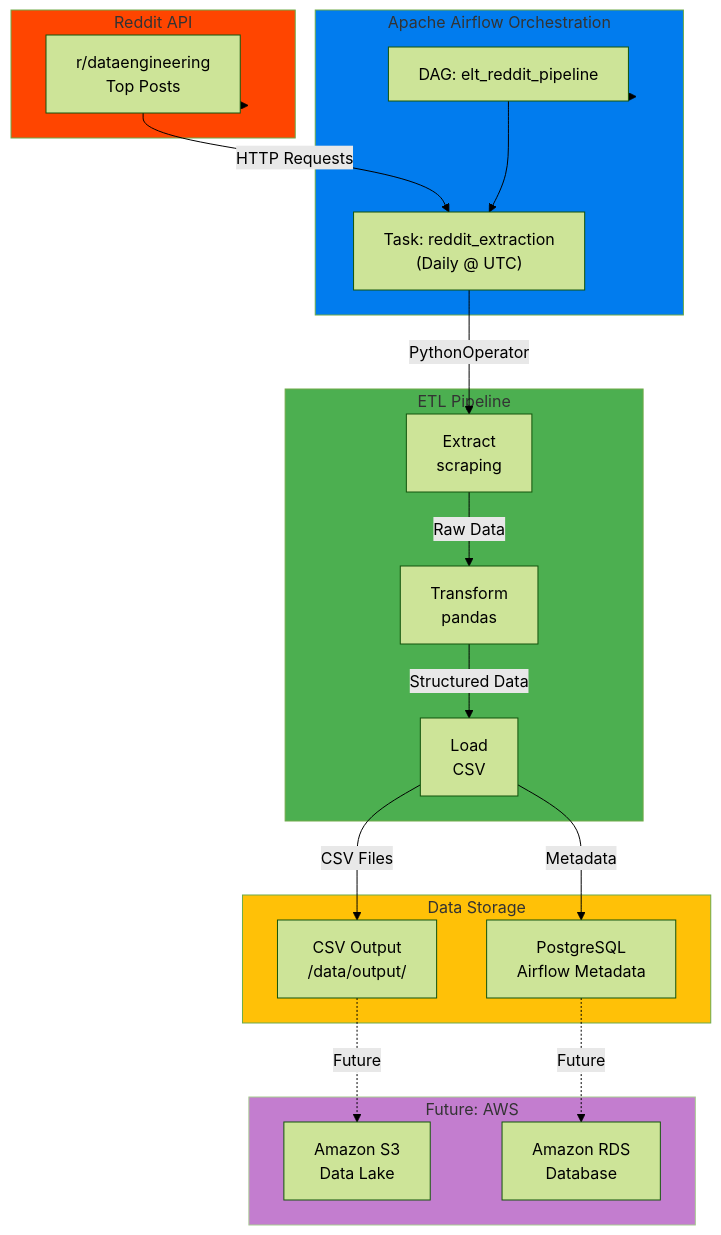
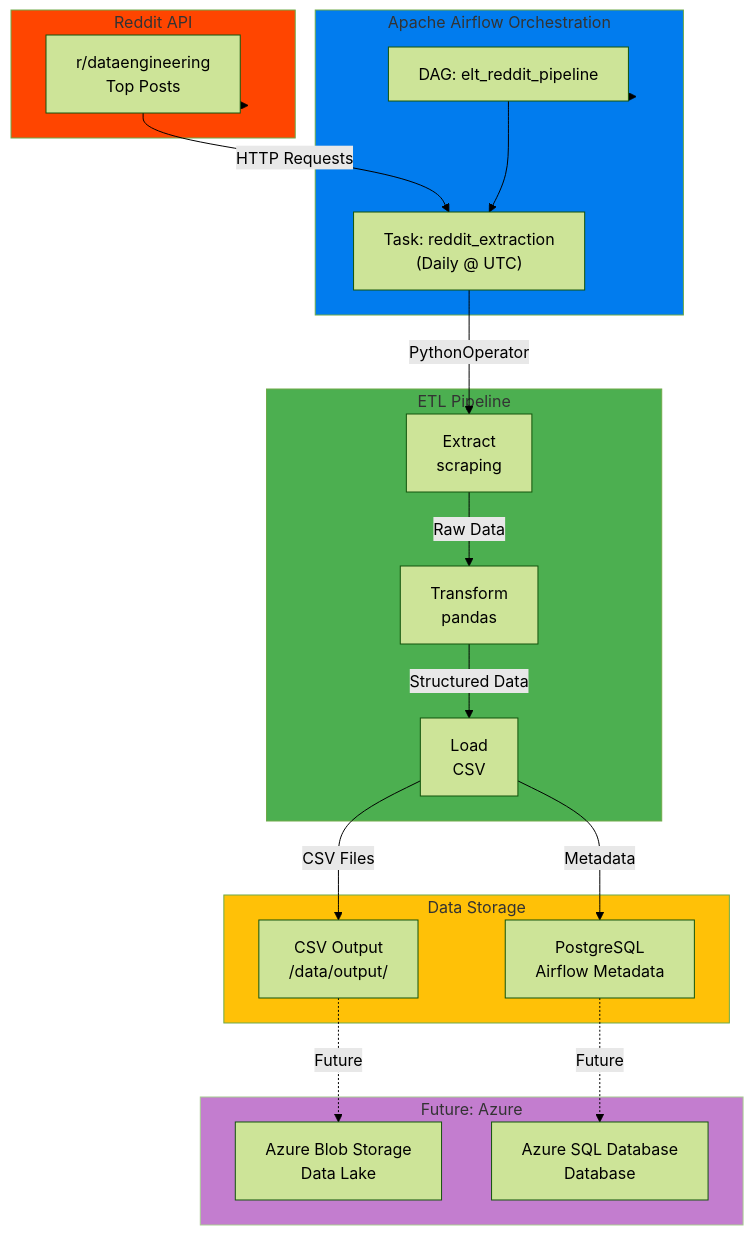
The first of 2 diagrams in README.md (OmarJebbari/Reddit-Airflow-ETL-pipeline), drawn with Mermaid (forest theme) before and after one commit. The commit also changed other lines of this file, not shown here.

First line of the commit message:
feat: switch from AWS to Azure cloud integration

````diff
--- a/README.md
+++ b/README.md
@@ -23,46 +23,46 @@
 ```mermaid
 graph TB
     subgraph Reddit["Reddit API"]
         A["r/dataengineering<br/>Top Posts"]
     end
     
     subgraph Airflow["Apache Airflow Orchestration"]
         DAG["DAG: elt_reddit_pipeline"]
         TASK["Task: reddit_extraction<br/>(Daily @ UTC)"]
     end
     
     subgraph Processing["ETL Pipeline"]
         EXTRACT["Extract<br/>scraping"]
         TRANSFORM["Transform<br/>pandas"]
         LOAD["Load<br/>CSV"]
     end
     
     subgraph Storage["Data Storage"]
         CSV["CSV Output<br/>/data/output/"]
         DB["PostgreSQL<br/>Airflow Metadata"]
     end
     
-    subgraph Future["Future: AWS"]
-        S3["Amazon S3<br/>Data Lake"]
-        RDS["Amazon RDS<br/>Database"]
+    subgraph Future["Future: Azure"]
+        S3["Azure Blob Storage<br/>Data Lake"]
+        RDS["Azure SQL Database<br/>Database"]
     end
     
     Reddit --> A
     A -->|HTTP Requests| TASK
     Airflow --> DAG
     DAG --> TASK
     TASK -->|PythonOperator| EXTRACT
     EXTRACT -->|Raw Data| TRANSFORM
     TRANSFORM -->|Structured Data| LOAD
     LOAD -->|CSV Files| CSV
     LOAD -->|Metadata| DB
     
     CSV -.->|Future| S3
     DB -.->|Future| RDS
     
     style Reddit fill:#FF4500
     style Airflow fill:#017CEE
     style Processing fill:#4CAF50
     style Storage fill:#FFC107
     style Future fill:#9C27B0,opacity:0.6
 ```
````
